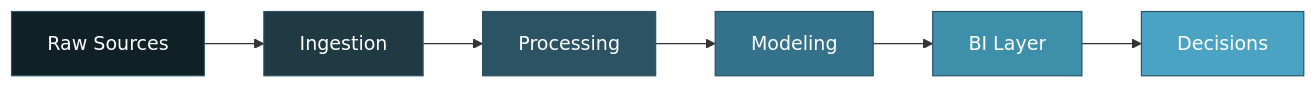
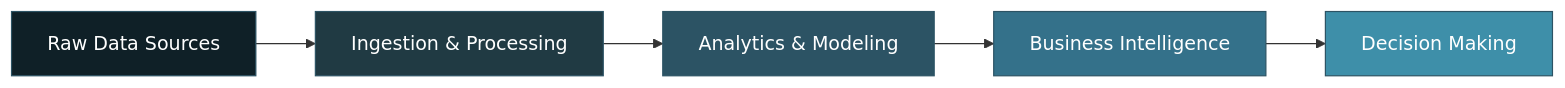
One commit to Riddhis2226/Riddhis2226 changed the first of 2 diagrams in README.md. Above: the diagram before and after it, drawn with Mermaid. The commit also changed other lines of this file, not shown here.

````diff
--- a/README.md
+++ b/README.md
@@ -193,15 +173,13 @@
 ```mermaid
 flowchart LR
-    A[Raw Sources] --> B[Ingestion]
-    B --> C[Processing]
-    C --> D[Modeling]
-    D --> E[BI Layer]
-    E --> F[Decisions]
+    A[Raw Data Sources] --> B[Ingestion & Processing]
+    B --> C[Analytics & Modeling]
+    C --> D[Business Intelligence]
+    D --> E[Decision Making]
 
-    style A fill:#0F2027,color:#fff,stroke:#2C5364
-    style B fill:#203A43,color:#fff,stroke:#2C5364
-    style C fill:#2C5364,color:#fff,stroke:#2C5364
-    style D fill:#34718A,color:#fff,stroke:#2C5364
-    style E fill:#3E8FA9,color:#fff,stroke:#2C5364
-    style F fill:#4BA3C3,color:#fff,stroke:#2C5364
+    style A fill:#0F2027,color:#ffffff,stroke:#2C5364
+    style B fill:#203A43,color:#ffffff,stroke:#2C5364
+    style C fill:#2C5364,color:#ffffff,stroke:#2C5364
+    style D fill:#34718A,color:#ffffff,stroke:#2C5364
+    style E fill:#3E8FA9,color:#ffffff,stroke:#2C5364
 ```
````
